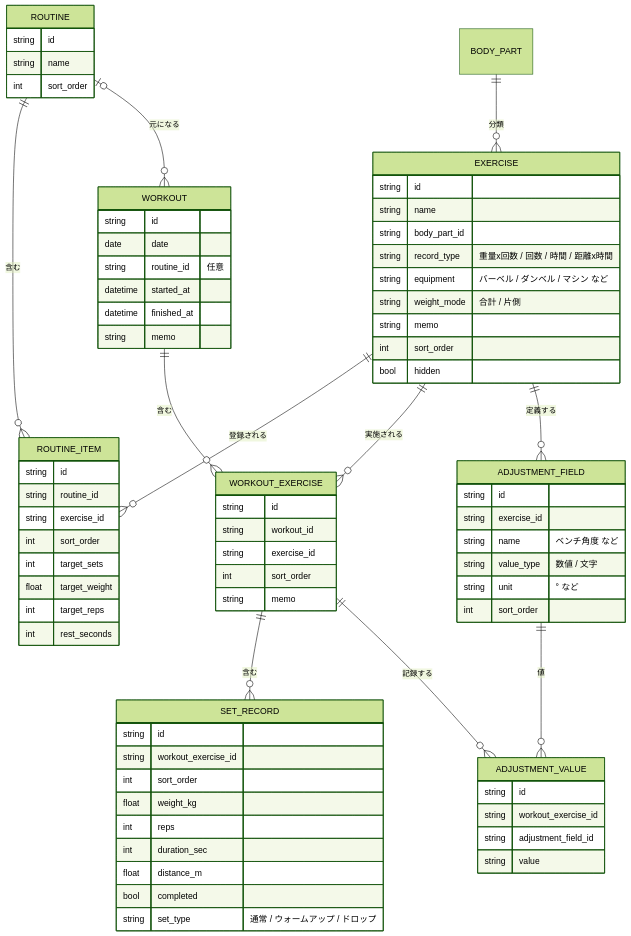
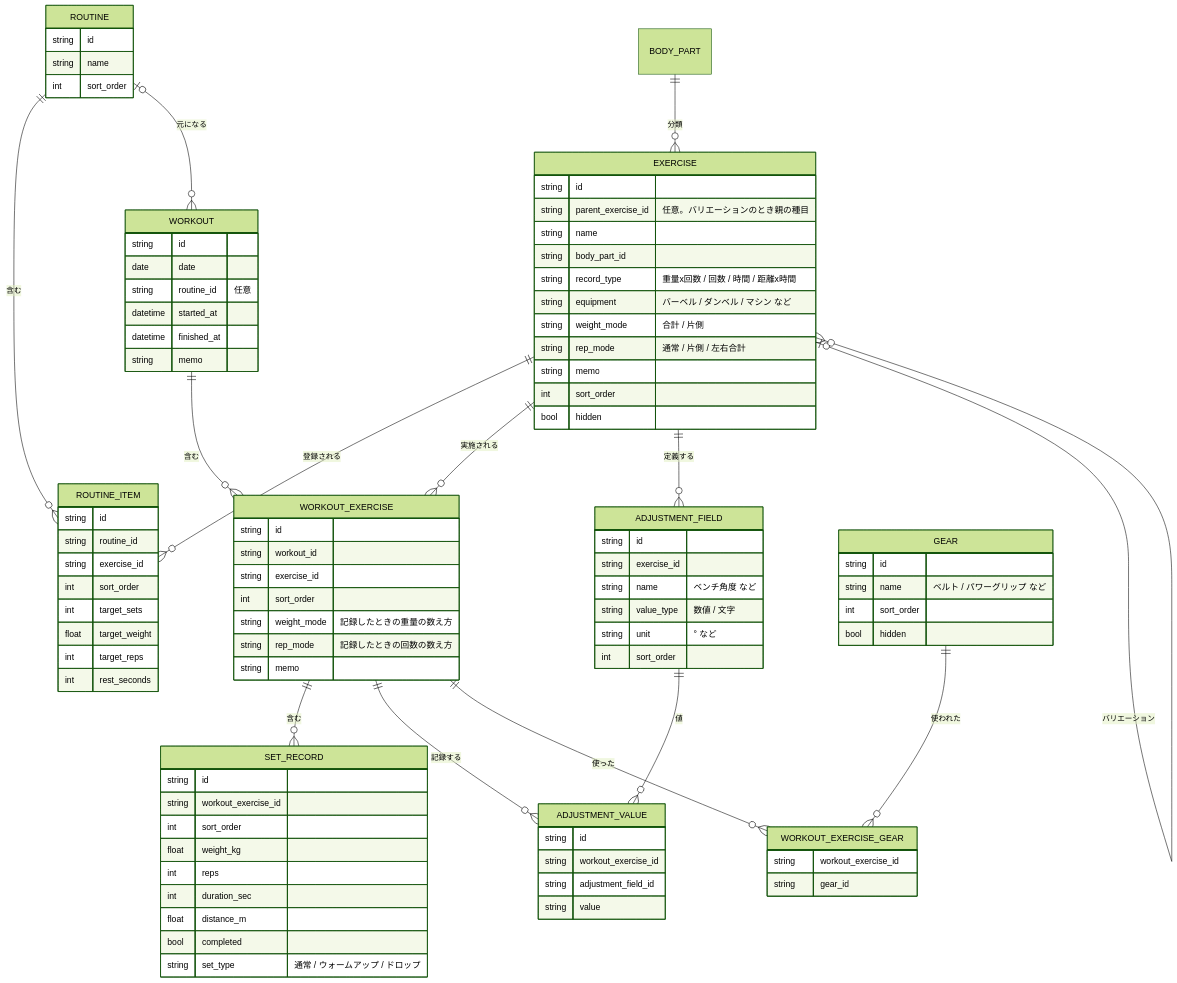
One commit to o-TAT-o/inventory changed the second of 5 diagrams in apps/training-log/docs/requirements.md. Above: the diagram before and after it, drawn with Mermaid (forest theme). The commit also changed other lines of this file, not shown here.

```diff
--- a/apps/training-log/docs/requirements.md
+++ b/apps/training-log/docs/requirements.md
@@ -263,17 +288,32 @@
   EXERCISE ||--o{ ADJUSTMENT_FIELD : "定義する"
   WORKOUT_EXERCISE ||--o{ ADJUSTMENT_VALUE : "記録する"
   ADJUSTMENT_FIELD ||--o{ ADJUSTMENT_VALUE : "値"
+  EXERCISE |o--o{ EXERCISE : "バリエーション"
+  WORKOUT_EXERCISE ||--o{ WORKOUT_EXERCISE_GEAR : "使った"
+  GEAR ||--o{ WORKOUT_EXERCISE_GEAR : "使われた"
 
   EXERCISE {
     string id
+    string parent_exercise_id "任意。バリエーションのとき親の種目"
     string name
     string body_part_id
     string record_type "重量x回数 / 回数 / 時間 / 距離x時間"
     string equipment "バーベル / ダンベル / マシン など"
     string weight_mode "合計 / 片側"
+    string rep_mode "通常 / 片側 / 左右合計"
     string memo
     int sort_order
     bool hidden
+  }
+  GEAR {
+    string id
+    string name "ベルト / パワーグリップ など"
+    int sort_order
+    bool hidden
+  }
+  WORKOUT_EXERCISE_GEAR {
+    string workout_exercise_id
+    string gear_id
   }
   ADJUSTMENT_FIELD {
     string id
@@ -317,6 +357,8 @@
     string workout_id
     string exercise_id
     int sort_order
+    string weight_mode "記録したときの重量の数え方"
+    string rep_mode "記録したときの回数の数え方"
     string memo
   }
   SET_RECORD {
```
